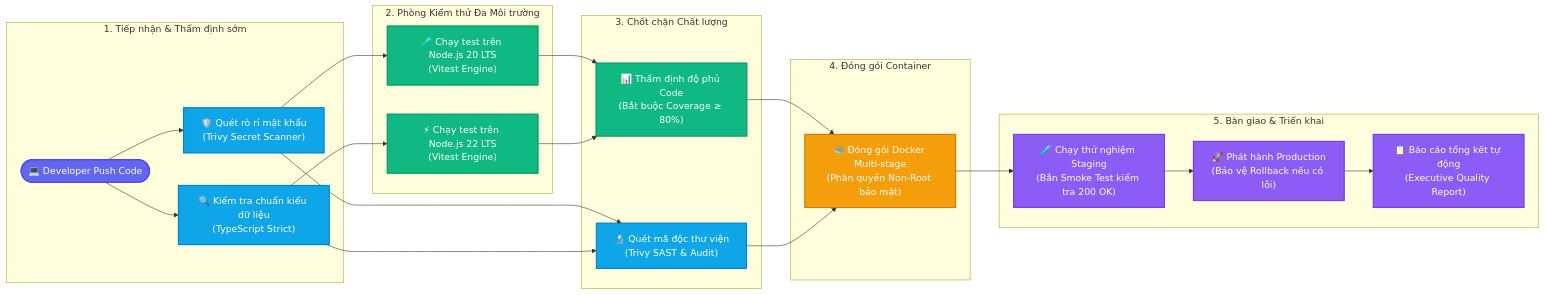
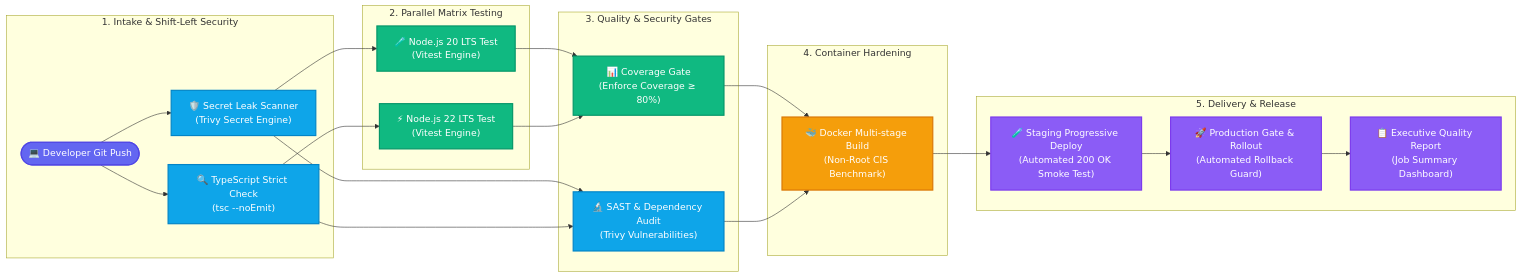
The diagram in README.md (Ma1910/test-cicd), drawn with Mermaid before and after one commit. The commit also changed other lines of this file, not shown here.

````diff
--- a/README.md
+++ b/README.md
@@ -55,54 +65,53 @@
 ```mermaid
 flowchart LR
-    %% Thiết lập giao diện màu sắc hiện đại
+    %% Modern styling classes
     classDef startNode fill:#6366f1,stroke:#4f46e5,stroke-width:2px,color:#fff;
     classDef checkNode fill:#0ea5e9,stroke:#0284c7,stroke-width:2px,color:#fff;
     classDef testNode fill:#10b981,stroke:#059669,stroke-width:2px,color:#fff;
     classDef packNode fill:#f59e0b,stroke:#d97706,stroke-width:2px,color:#fff;
     classDef deployNode fill:#8b5cf6,stroke:#7c3aed,stroke-width:2px,color:#fff;
 
-    subgraph Phase1 ["1. Tiếp nhận & Thẩm định sớm"]
-        Push(["💻 Developer Push Code"]):::startNode
-        Sec["🛡️ Quét rò rỉ mật khẩu<br/>(Trivy Secret Scanner)"]:::checkNode
-        Type["🔍 Kiểm tra chuẩn kiểu dữ liệu<br/>(TypeScript Strict)"]:::checkNode
+    subgraph Phase1 ["1. Intake & Shift-Left Security"]
+        Push(["💻 Developer Git Push"]):::startNode
+        Sec["🛡️ Secret Leak Scanner<br/>(Trivy Secret Engine)"]:::checkNode
+        Type["🔍 TypeScript Strict Check<br/>(tsc --noEmit)"]:::checkNode
     end
 
-    subgraph Phase2 ["2. Phòng Kiểm thử Đa Môi trường"]
-        Node20["🧪 Chạy test trên Node.js 20 LTS<br/>(Vitest Engine)"]:::testNode
-        Node22["⚡ Chạy test trên Node.js 22 LTS<br/>(Vitest Engine)"]:::testNode
+    subgraph Phase2 ["2. Parallel Matrix Testing"]
+        Node20["🧪 Node.js 20 LTS Test<br/>(Vitest Engine)"]:::testNode
+        Node22["⚡ Node.js 22 LTS Test<br/>(Vitest Engine)"]:::testNode
     end
 
-    subgraph Phase3 ["3. Chốt chặn Chất lượng"]
-        Gate["📊 Thẩm định độ phủ Code<br/>(Bắt buộc Coverage ≥ 80%)"]:::testNode
-        SAST["🔬 Quét mã độc thư viện<br/>(Trivy SAST & Audit)"]:::checkNode
+    subgraph Phase3 ["3. Quality & Security Gates"]
+        Gate["📊 Coverage Gate<br/>(Enforce Coverage ≥ 80%)"]:::testNode
+        SAST["🔬 SAST & Dependency Audit<br/>(Trivy Vulnerabilities)"]:::checkNode
     end
 
-    subgraph Phase4 ["4. Đóng gói Container"]
-        Docker["🐳 Đóng gói Docker Multi-stage<br/>(Phân quyền Non-Root bảo mật)"]:::packNode
+    subgraph Phase4 ["4. Container Hardening"]
+        Docker["🐳 Docker Multi-stage Build<br/>(Non-Root CIS Benchmark)"]:::packNode
     end
 
-    subgraph Phase5 ["5. Bàn giao & Triển khai"]
-        Staging["🧪 Chạy thử nghiệm Staging<br/>(Bắn Smoke Test kiểm tra 200 OK)"]:::deployNode
-        Prod["🚀 Phát hành Production<br/>(Bảo vệ Rollback nếu có lỗi)"]:::deployNode
-        Report["📋 Báo cáo tổng kết tự động<br/>(Executive Quality Report)"]:::deployNode
+    subgraph Phase5 ["5. Delivery & Release"]
+        Staging["🧪 Staging Progressive Deploy<br/>(Automated 200 OK Smoke Test)"]:::deployNode
+        Prod["🚀 Production Gate & Rollout<br/>(Automated Rollback Guard)"]:::deployNode
+        Report["📋 Executive Quality Report<br/>(Job Summary Dashboard)"]:::deployNode
     end
 
-    %% Các đường kết nối luồng công việc
     Push --> Sec
     Push --> Type
 
     Sec --> Node20
     Type --> Node22
     Sec --> SAST
     Type --> SAST
 
     Node20 --> Gate
     Node22 --> Gate
 
     Gate --> Docker
     SAST --> Docker
 
     Docker --> Staging
     Staging --> Prod
     Prod --> Report
 ```
````
